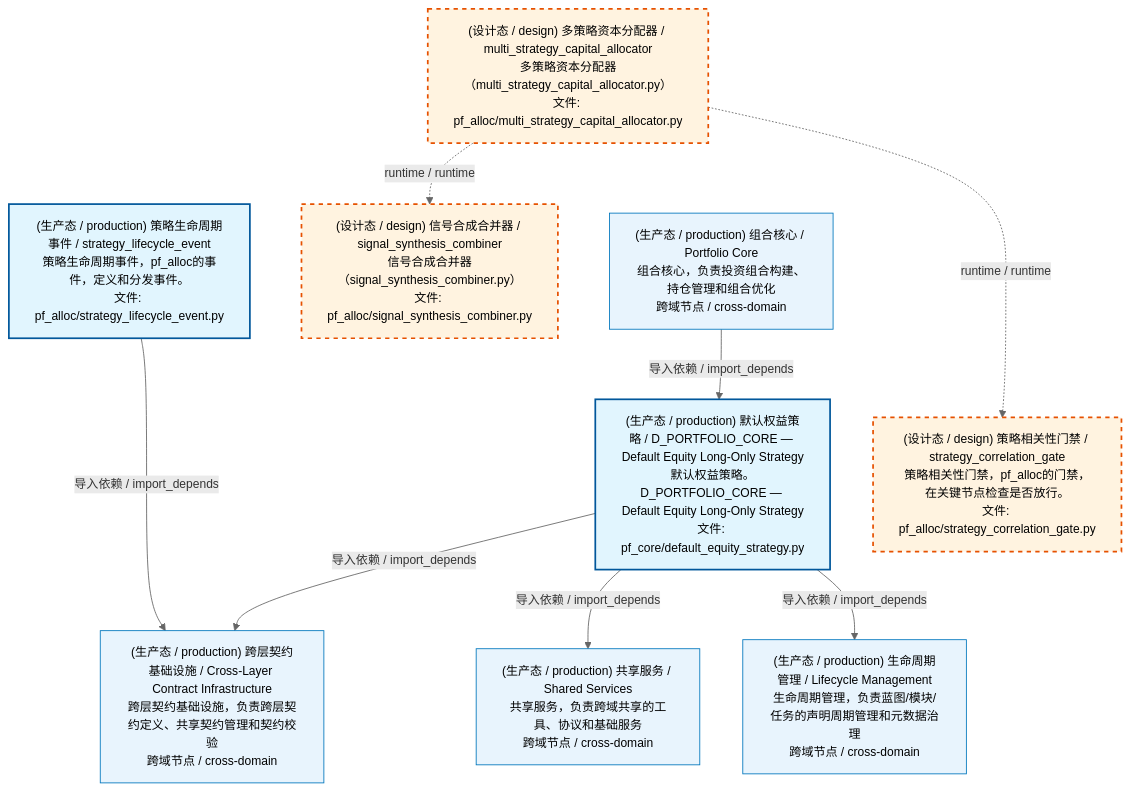
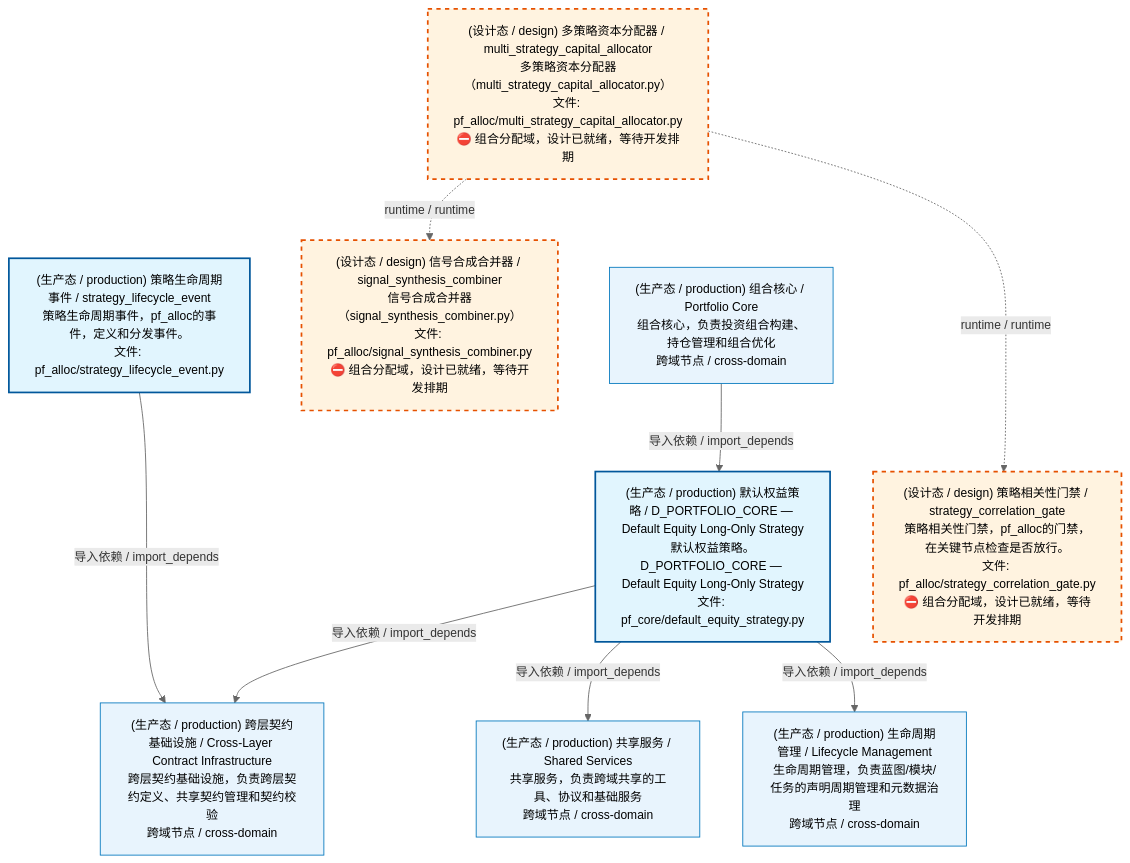
The first of 4 diagrams in docs/02_enterprise_architecture/02_domain_architecture_docs/62_d_pf_alloc.md (xuanFelixVan/ZephyrAlpha), drawn with Mermaid before and after one commit. The commit also changed other lines of this file and 50 other files, not shown here.

````diff
--- a/docs/02_enterprise_architecture/02_domain_architecture_docs/62_d_pf_alloc.md
+++ b/docs/02_enterprise_architecture/02_domain_architecture_docs/62_d_pf_alloc.md
@@ -53,30 +53,30 @@
 ```mermaid
 %%{init: {'theme': 'base', 'themeVariables': {'primaryColor': '#eaeaea', 'primaryTextColor': '#333333', 'primaryBorderColor': '#666666', 'lineColor': '#666666', 'secondaryColor': '#eaeaea', 'tertiaryColor': '#eaeaea', 'fontSize': '14px'}}}%%
 flowchart TD
-    src_zephyr_pf_alloc_multi_strategy_capital_allocator_py["(设计态 / design) 多策略资本分配器 / multi_strategy_capital_allocator<br/>多策略资本分配器（multi_strategy_capital_allocator.py）<br/>文件: pf_alloc/multi_strategy_capital_allocator.py"]
+    src_zephyr_pf_alloc_multi_strategy_capital_allocator_py["(设计态 / design) 多策略资本分配器 / multi_strategy_capital_allocator<br/>多策略资本分配器（multi_strategy_capital_allocator.py）<br/>文件: pf_alloc/multi_strategy_capital_allocator.py<br/>⛔ 组合分配域，设计已就绪，等待开发排期"]
     src_zephyr_pf_alloc_strategy_lifecycle_event_py["(生产态 / production) 策略生命周期事件 / strategy_lifecycle_event<br/>策略生命周期事件，pf_alloc的事件，定义和分发事件。<br/>文件: pf_alloc/strategy_lifecycle_event.py"]
     src_zephyr_pf_core_default_equity_strategy_py["(生产态 / production) 默认权益策略 / D_PORTFOLIO_CORE — Default Equity Long-Only Strategy<br/>默认权益策略。D_PORTFOLIO_CORE — Default Equity Long-Only Strategy<br/>文件: pf_core/default_equity_strategy.py"]
     src_zephyr_pf_alloc_multi_strategy_capital_allocator_py ~~~ src_zephyr_pf_alloc_strategy_lifecycle_event_py
     src_zephyr_pf_alloc_strategy_lifecycle_event_py ~~~ src_zephyr_pf_core_default_equity_strategy_py
-    src_zephyr_pf_alloc_signal_synthesis_combiner_py["(设计态 / design) 信号合成合并器 / signal_synthesis_combiner<br/>信号合成合并器（signal_synthesis_combiner.py）<br/>文件: pf_alloc/signal_synthesis_combiner.py"]
-    src_zephyr_pf_alloc_strategy_correlation_gate_py["(设计态 / design) 策略相关性门禁 / strategy_correlation_gate<br/>策略相关性门禁，pf_alloc的门禁，在关键节点检查是否放行。<br/>文件: pf_alloc/strategy_correlation_gate.py"]
+    src_zephyr_pf_alloc_signal_synthesis_combiner_py["(设计态 / design) 信号合成合并器 / signal_synthesis_combiner<br/>信号合成合并器（signal_synthesis_combiner.py）<br/>文件: pf_alloc/signal_synthesis_combiner.py<br/>⛔ 组合分配域，设计已就绪，等待开发排期"]
+    src_zephyr_pf_alloc_strategy_correlation_gate_py["(设计态 / design) 策略相关性门禁 / strategy_correlation_gate<br/>策略相关性门禁，pf_alloc的门禁，在关键节点检查是否放行。<br/>文件: pf_alloc/strategy_correlation_gate.py<br/>⛔ 组合分配域，设计已就绪，等待开发排期"]
     src_zephyr_pf_alloc_signal_synthesis_combiner_py ~~~ src_zephyr_pf_alloc_strategy_correlation_gate_py
     src_zephyr_pf_alloc_multi_strategy_capital_allocator_py -.->|runtime / runtime| src_zephyr_pf_alloc_signal_synthesis_combiner_py
     src_zephyr_pf_alloc_multi_strategy_capital_allocator_py -.->|runtime / runtime| src_zephyr_pf_alloc_strategy_correlation_gate_py
     D_INFRASTRUCTURE["(生产态 / production) 跨层契约基础设施 / Cross-Layer Contract Infrastructure<br/>跨层契约基础设施，负责跨层契约定义、共享契约管理和契约校验<br/>跨域节点 / cross-domain"]
     src_zephyr_pf_core_default_equity_strategy_py -->|导入依赖 / import_depends| D_INFRASTRUCTURE
     src_zephyr_pf_alloc_strategy_lifecycle_event_py -->|导入依赖 / import_depends| D_INFRASTRUCTURE
     D_SHARED["(生产态 / production) 共享服务 / Shared Services<br/>共享服务，负责跨域共享的工具、协议和基础服务<br/>跨域节点 / cross-domain"]
     src_zephyr_pf_core_default_equity_strategy_py -->|导入依赖 / import_depends| D_SHARED
     D_GOVERNANCE["(生产态 / production) 生命周期管理 / Lifecycle Management<br/>生命周期管理，负责蓝图/模块/任务的声明周期管理和元数据治理<br/>跨域节点 / cross-domain"]
     src_zephyr_pf_core_default_equity_strategy_py -->|导入依赖 / import_depends| D_GOVERNANCE
     D_PF_CORE["(生产态 / production) 组合核心 / Portfolio Core<br/>组合核心，负责投资组合构建、持仓管理和组合优化<br/>跨域节点 / cross-domain"]
     D_PF_CORE -->|导入依赖 / import_depends| src_zephyr_pf_core_default_equity_strategy_py
     classDef production fill:#e1f5fe,stroke:#01579b,stroke-width:2px,color:#000
     classDef design fill:#fff3e0,stroke:#e65100,stroke-width:2px,color:#000,stroke-dasharray: 5 5
     classDef external_prod fill:#e8f4fd,stroke:#0277bd,stroke-width:1px,color:#000
     classDef external_design fill:#fff8e7,stroke:#ef6c00,stroke-width:1px,color:#000,stroke-dasharray: 5 5
     class src_zephyr_pf_alloc_strategy_lifecycle_event_py,src_zephyr_pf_core_default_equity_strategy_py production
     class src_zephyr_pf_alloc_multi_strategy_capital_allocator_py,src_zephyr_pf_alloc_signal_synthesis_combiner_py,src_zephyr_pf_alloc_strategy_correlation_gate_py design
     class D_INFRASTRUCTURE,D_SHARED,D_GOVERNANCE,D_PF_CORE external_prod
 ```
````
